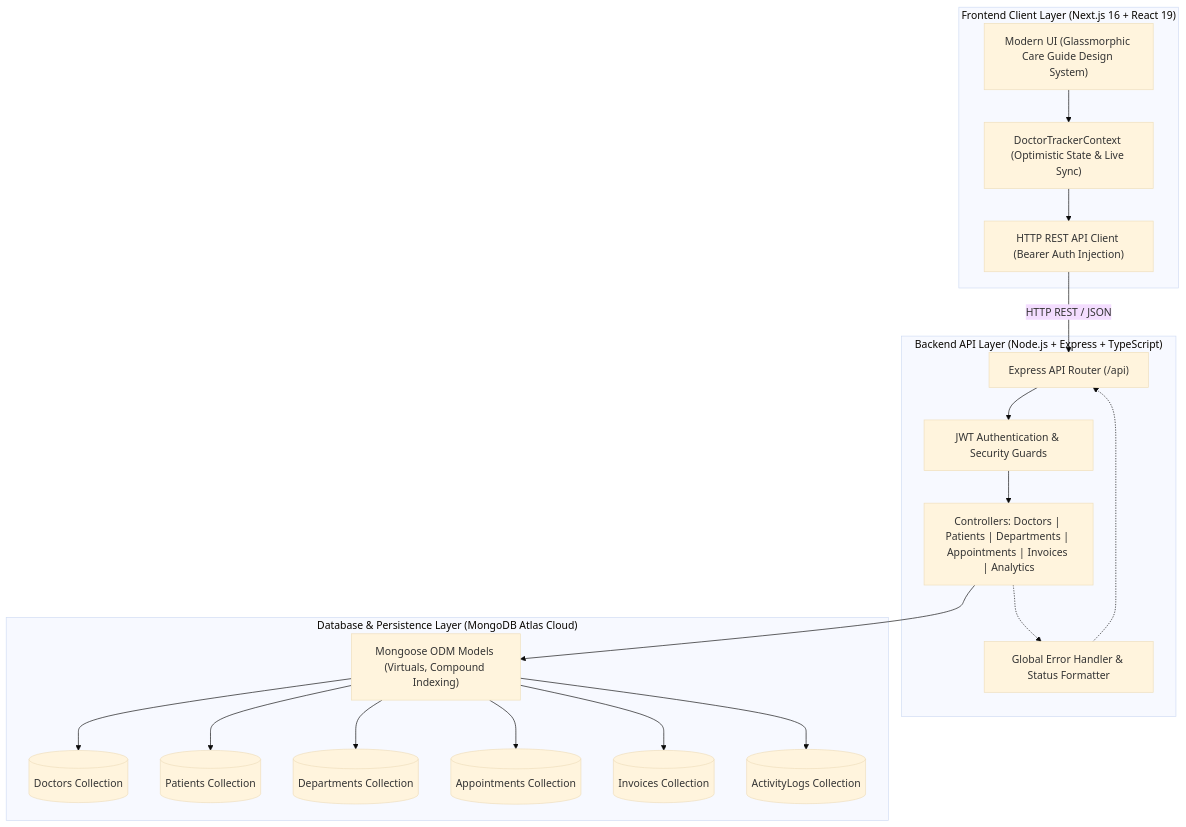
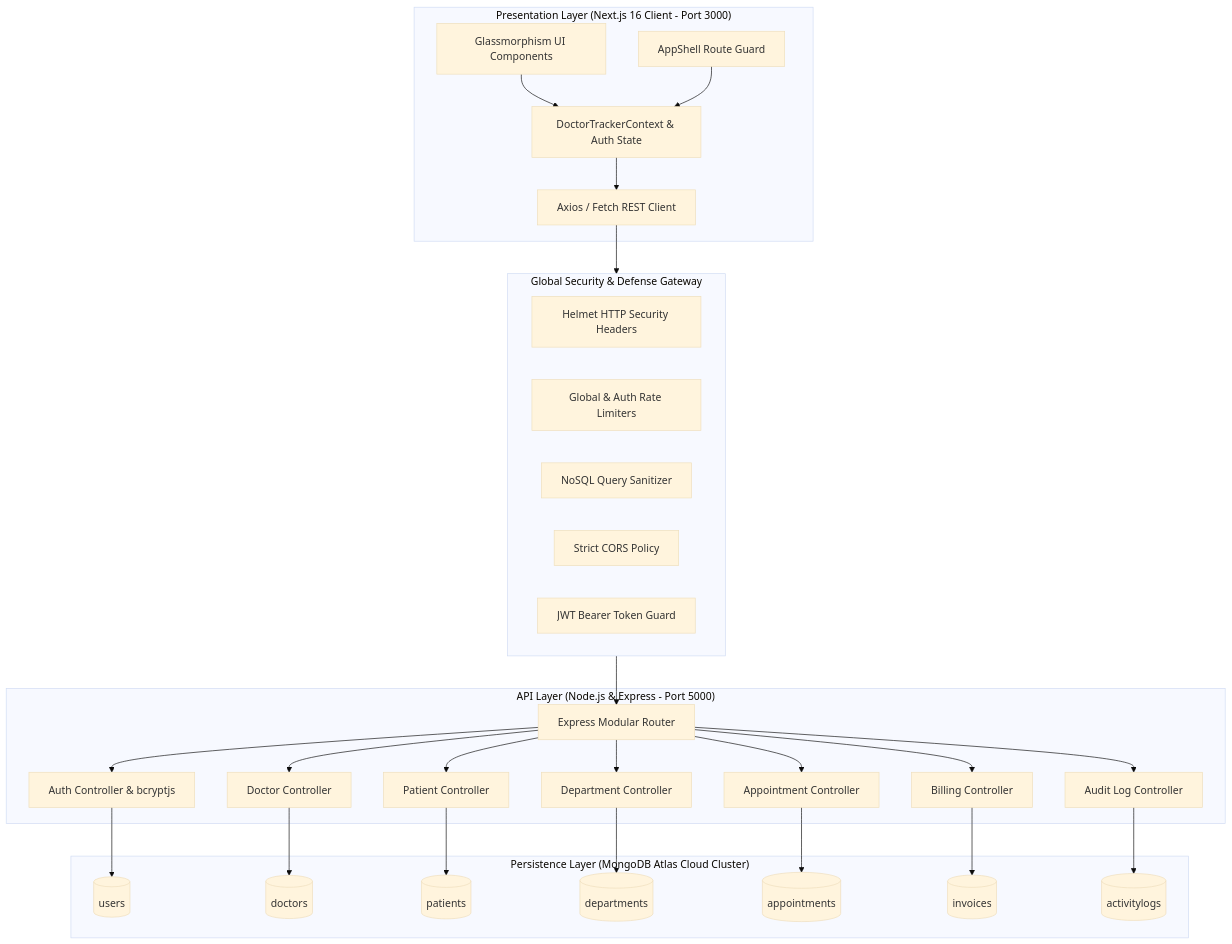
One commit to hossaintaufiq/DoctorTraker changed the diagram in README.md. Above: the diagram before and after it, drawn with Mermaid (base theme). The commit also changed other lines of this file and 75 other files, not shown here.

````diff
--- a/README.md
+++ b/README.md
@@ -143,40 +143,51 @@
 ```mermaid
-graph TB
-    subgraph "Frontend Client Layer (Next.js 16 + React 19)"
-        UI["Modern UI (Glassmorphic Care Guide Design System)"]
-        Context["DoctorTrackerContext (Optimistic State & Live Sync)"]
-        ApiClient["HTTP REST API Client (Bearer Auth Injection)"]
+graph TD
+    subgraph Client["Presentation Layer (Next.js 16 Client - Port 3000)"]
+        UI[Glassmorphism UI Components]
+        RouteGuard[AppShell Route Guard]
+        Context[DoctorTrackerContext & Auth State]
+        ApiClient[Axios / Fetch REST Client]
+        UI --> Context
+        RouteGuard --> Context
+        Context --> ApiClient
     end
 
-    subgraph "Backend API Layer (Node.js + Express + TypeScript)"
-        Router["Express API Router (/api)"]
-        AuthMiddleware["JWT Authentication & Security Guards"]
-        Controllers["Controllers: Doctors | Patients | Departments | Appointments | Invoices | Analytics"]
-        ErrorHandler["Global Error Handler & Status Formatter"]
+    subgraph Security["Global Security & Defense Gateway"]
+        Helmet[Helmet HTTP Security Headers]
+        RateLimit[Global & Auth Rate Limiters]
+        Sanitizer[NoSQL Query Sanitizer]
+        CORS[Strict CORS Policy]
+        JWTAuth[JWT Bearer Token Guard]
     end
 
-    subgraph "Database & Persistence Layer (MongoDB Atlas Cloud)"
-        Mongoose["Mongoose ODM Models (Virtuals, Compound Indexing)"]
-        DoctorCol[("Doctors Collection")]
-        PatientCol[("Patients Collection")]
-        DeptCol[("Departments Collection")]
-        AptCol[("Appointments Collection")]
-        InvCol[("Invoices Collection")]
-        LogCol[("ActivityLogs Collection")]
+    subgraph Backend["API Layer (Node.js & Express - Port 5000)"]
+        Router[Express Modular Router]
+        AuthCtrl[Auth Controller & bcryptjs]
+        DocCtrl[Doctor Controller]
+        PatCtrl[Patient Controller]
+        DeptCtrl[Department Controller]
+        AptCtrl[Appointment Controller]
+        InvCtrl[Billing Controller]
+        LogCtrl[Audit Log Controller]
     end
 
-    UI --> Context
-    Context --> ApiClient
-    ApiClient -->|HTTP REST / JSON| Router
-    Router --> AuthMiddleware
-    AuthMiddleware --> Controllers
-    Controllers --> Mongoose
-    Mongoose --> DoctorCol
-    Mongoose --> PatientCol
-    Mongoose --> DeptCol
-    Mongoose --> AptCol
-    Mongoose --> InvCol
-    Mongoose --> LogCol
-    Controllers -.-> ErrorHandler
-    ErrorHandler -.-> Router
+    subgraph Database["Persistence Layer (MongoDB Atlas Cloud Cluster)"]
+        UsersCol[(users)]
+        DoctorsCol[(doctors)]
+        PatientsCol[(patients)]
+        DeptsCol[(departments)]
+        AptsCol[(appointments)]
+        InvoicesCol[(invoices)]
+        LogsCol[(activitylogs)]
+    end
+
+    ApiClient --> Security
+    Security --> Router
+    Router --> AuthCtrl --> UsersCol
+    Router --> DocCtrl --> DoctorsCol
+    Router --> PatCtrl --> PatientsCol
+    Router --> DeptCtrl --> DeptsCol
+    Router --> AptCtrl --> AptsCol
+    Router --> InvCtrl --> InvoicesCol
+    Router --> LogCtrl --> LogsCol
 ```
````
